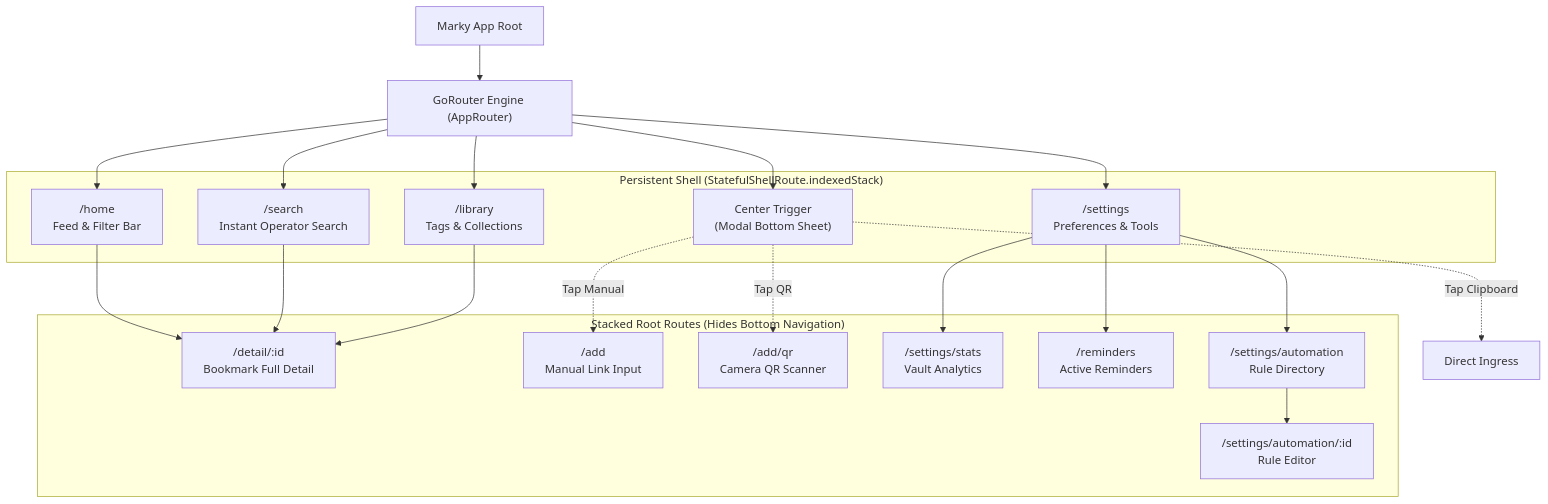
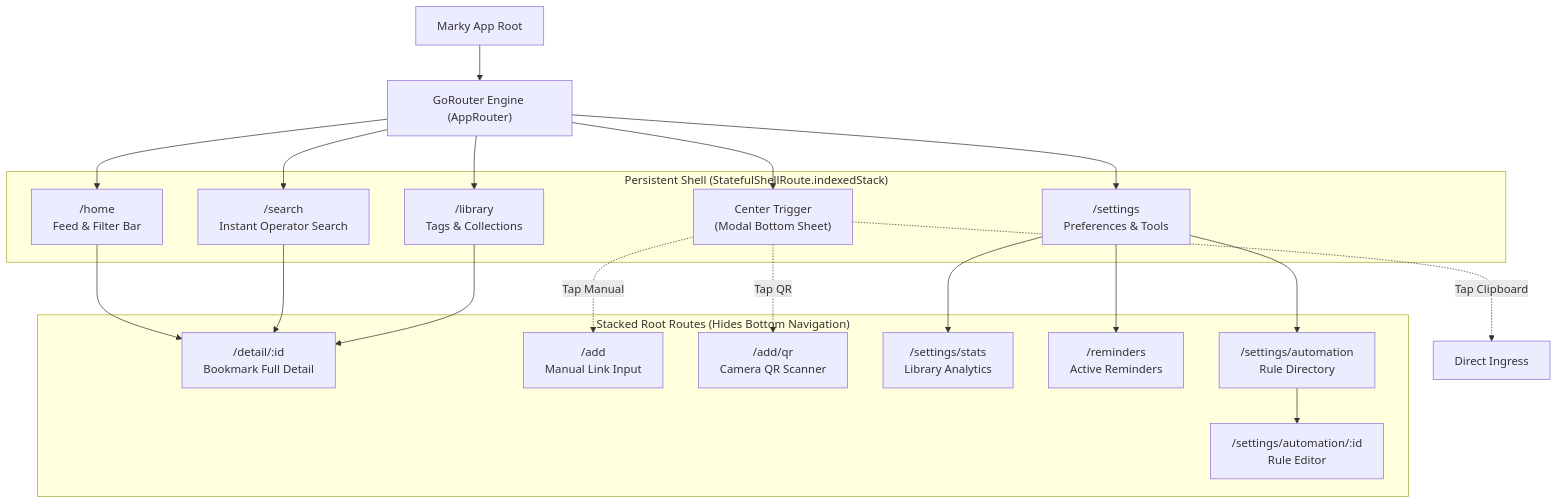
Before and after one commit to Vyr0-the-dev/marky: the second of 4 diagrams in docs/DESIGN.md, drawn with Mermaid. The commit also changed other lines of this file and 43 other files, not shown here.

````diff
--- a/docs/DESIGN.md
+++ b/docs/DESIGN.md
@@ -117,40 +117,40 @@
 ```mermaid
 graph TD
     Root["Marky App Root"] --> Router["GoRouter Engine (AppRouter)"]
     
     subgraph "Persistent Shell (StatefulShellRoute.indexedStack)"
         HomeTab["/home<br>Feed & Filter Bar"]
         SearchTab["/search<br>Instant Operator Search"]
         QuickAdd["Center Trigger<br>(Modal Bottom Sheet)"]
         LibraryTab["/library<br>Tags & Collections"]
         SettingsTab["/settings<br>Preferences & Tools"]
     end
     
     subgraph "Stacked Root Routes (Hides Bottom Navigation)"
         DetailView["/detail/:id<br>Bookmark Full Detail"]
         AddScreen["/add<br>Manual Link Input"]
         QrScanner["/add/qr<br>Camera QR Scanner"]
-        Dashboard["/settings/stats<br>Vault Analytics"]
+        Dashboard["/settings/stats<br>Library Analytics"]
         RemindersScreen["/reminders<br>Active Reminders"]
         AutomationList["/settings/automation<br>Rule Directory"]
         AutomationEditor["/settings/automation/:id<br>Rule Editor"]
     end
 
     Router --> HomeTab
     Router --> SearchTab
     Router --> QuickAdd
     Router --> LibraryTab
     Router --> SettingsTab
 
     QuickAdd -.->|Tap QR| QrScanner
     QuickAdd -.->|Tap Manual| AddScreen
     QuickAdd -.->|Tap Clipboard| Ingress["Direct Ingress"]
 
     HomeTab --> DetailView
     SearchTab --> DetailView
     LibraryTab --> DetailView
     SettingsTab --> Dashboard
     SettingsTab --> RemindersScreen
     SettingsTab --> AutomationList
     AutomationList --> AutomationEditor
 ```
````
